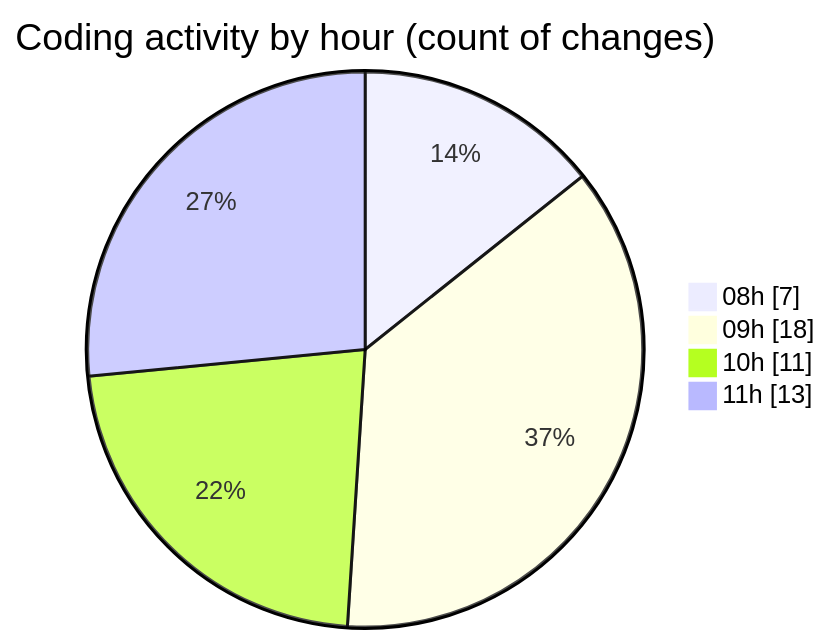
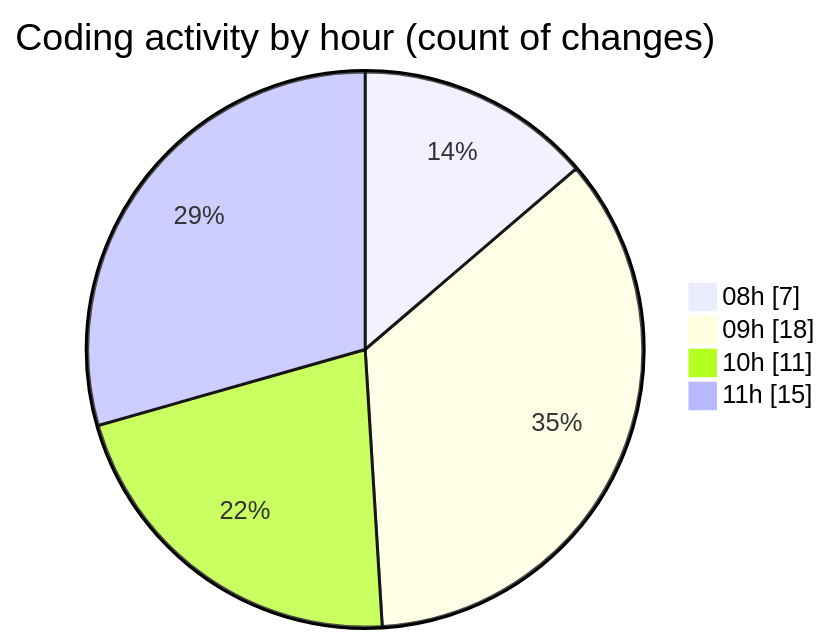
Before and after one commit to momahboobian/code-tracking: the second of 2 diagrams in 2025-11-11/cda/README.md, drawn with Mermaid. The commit also changed other lines of this file and 1 other file, not shown here.

````diff
--- a/2025-11-11/cda/README.md
+++ b/2025-11-11/cda/README.md
@@ -32,8 +32,8 @@
 ```mermaid
 pie showData
 title Coding activity by hour (count of changes)
 "08h" : 7
 "09h" : 18
 "10h" : 11
-"11h" : 13
+"11h" : 15
 ```
````
